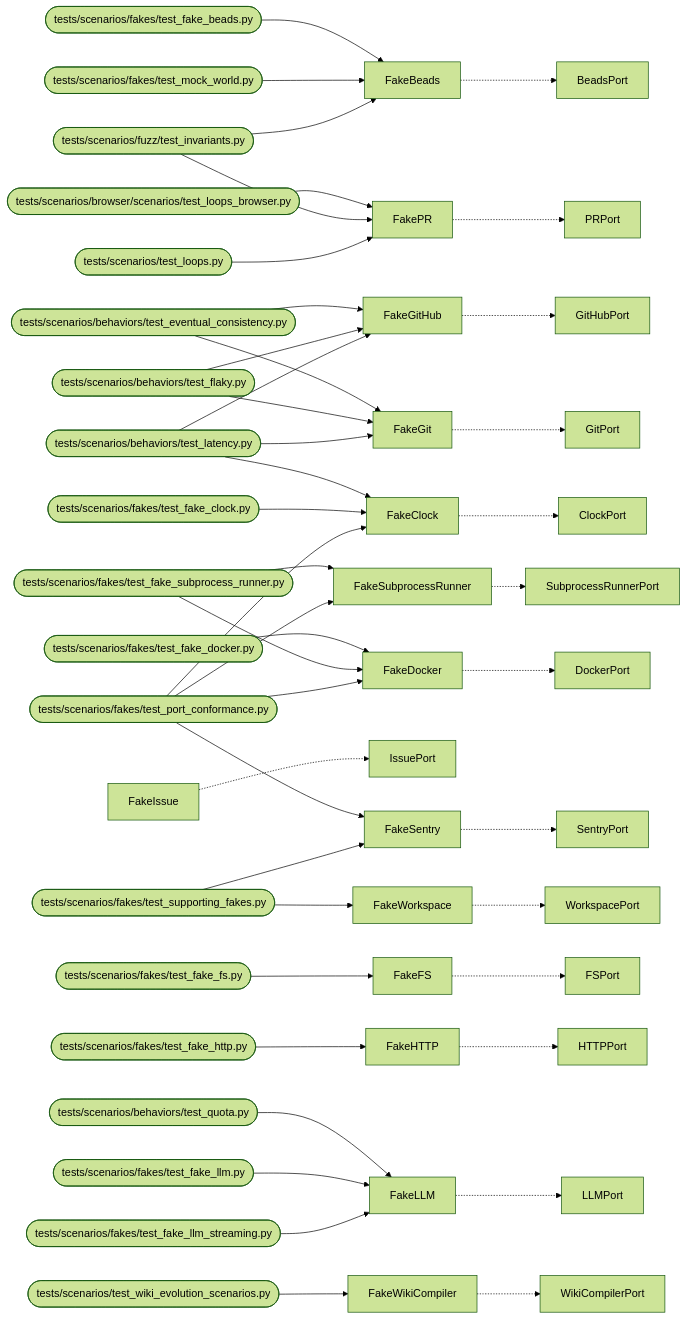
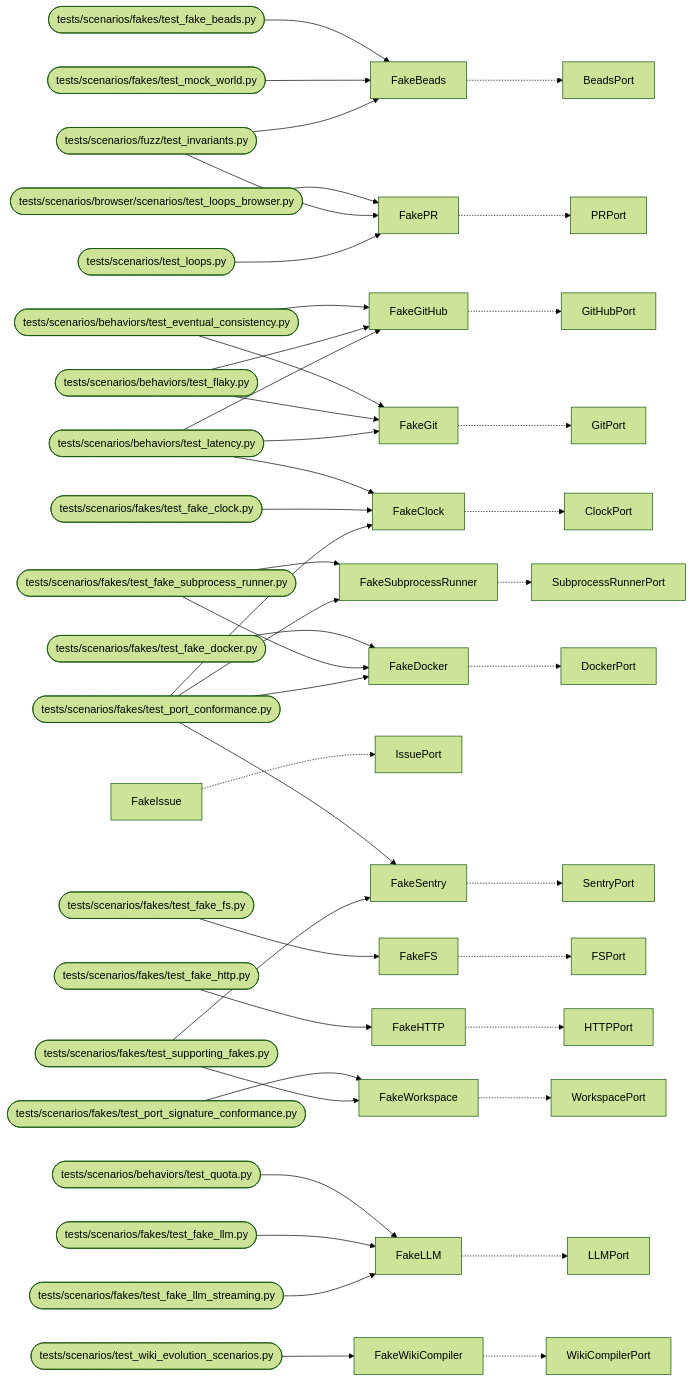
One commit to T-rav/hyrdaflow changed the diagram in docs/arch/generated/mockworld.md. Above: the diagram before and after it, drawn with Mermaid (forest theme). The commit also changed other lines of this file and 17 other files, not shown here.

First line of the commit message:
feat(runners): BaseSubprocessRunner + AutoAgentRunner migration + Port↔Fake signature conformance (#8446)

````diff
--- a/docs/arch/generated/mockworld.md
+++ b/docs/arch/generated/mockworld.md
@@ -28,46 +28,47 @@
 ```mermaid
 graph LR
     FakeBeads -.-> BeadsPort
     tests_scenarios_fakes_test_fake_beads_py([tests/scenarios/fakes/test_fake_beads.py]) --> FakeBeads
     tests_scenarios_fakes_test_mock_world_py([tests/scenarios/fakes/test_mock_world.py]) --> FakeBeads
     tests_scenarios_fuzz_test_invariants_py([tests/scenarios/fuzz/test_invariants.py]) --> FakeBeads
     FakeClock -.-> ClockPort
     tests_scenarios_behaviors_test_latency_py([tests/scenarios/behaviors/test_latency.py]) --> FakeClock
     tests_scenarios_fakes_test_fake_clock_py([tests/scenarios/fakes/test_fake_clock.py]) --> FakeClock
     tests_scenarios_fakes_test_port_conformance_py([tests/scenarios/fakes/test_port_conformance.py]) --> FakeClock
     FakeDocker -.-> DockerPort
     tests_scenarios_fakes_test_fake_docker_py([tests/scenarios/fakes/test_fake_docker.py]) --> FakeDocker
     tests_scenarios_fakes_test_fake_subprocess_runner_py([tests/scenarios/fakes/test_fake_subprocess_runner.py]) --> FakeDocker
     tests_scenarios_fakes_test_port_conformance_py([tests/scenarios/fakes/test_port_conformance.py]) --> FakeDocker
     FakeFS -.-> FSPort
     tests_scenarios_fakes_test_fake_fs_py([tests/scenarios/fakes/test_fake_fs.py]) --> FakeFS
     FakeGit -.-> GitPort
     tests_scenarios_behaviors_test_eventual_consistency_py([tests/scenarios/behaviors/test_eventual_consistency.py]) --> FakeGit
     tests_scenarios_behaviors_test_flaky_py([tests/scenarios/behaviors/test_flaky.py]) --> FakeGit
     tests_scenarios_behaviors_test_latency_py([tests/scenarios/behaviors/test_latency.py]) --> FakeGit
     FakeGitHub -.-> GitHubPort
     tests_scenarios_behaviors_test_eventual_consistency_py([tests/scenarios/behaviors/test_eventual_consistency.py]) --> FakeGitHub
     tests_scenarios_behaviors_test_flaky_py([tests/scenarios/behaviors/test_flaky.py]) --> FakeGitHub
     tests_scenarios_behaviors_test_latency_py([tests/scenarios/behaviors/test_latency.py]) --> FakeGitHub
     FakeHTTP -.-> HTTPPort
     tests_scenarios_fakes_test_fake_http_py([tests/scenarios/fakes/test_fake_http.py]) --> FakeHTTP
     FakeIssue -.-> IssuePort
     FakeLLM -.-> LLMPort
     tests_scenarios_behaviors_test_quota_py([tests/scenarios/behaviors/test_quota.py]) --> FakeLLM
     tests_scenarios_fakes_test_fake_llm_py([tests/scenarios/fakes/test_fake_llm.py]) --> FakeLLM
     tests_scenarios_fakes_test_fake_llm_streaming_py([tests/scenarios/fakes/test_fake_llm_streaming.py]) --> FakeLLM
     FakePR -.-> PRPort
     tests_scenarios_browser_scenarios_test_loops_browser_py([tests/scenarios/browser/scenarios/test_loops_browser.py]) --> FakePR
     tests_scenarios_fuzz_test_invariants_py([tests/scenarios/fuzz/test_invariants.py]) --> FakePR
     tests_scenarios_test_loops_py([tests/scenarios/test_loops.py]) --> FakePR
     FakeSentry -.-> SentryPort
     tests_scenarios_fakes_test_port_conformance_py([tests/scenarios/fakes/test_port_conformance.py]) --> FakeSentry
     tests_scenarios_fakes_test_supporting_fakes_py([tests/scenarios/fakes/test_supporting_fakes.py]) --> FakeSentry
     FakeSubprocessRunner -.-> SubprocessRunnerPort
     tests_scenarios_fakes_test_fake_subprocess_runner_py([tests/scenarios/fakes/test_fake_subprocess_runner.py]) --> FakeSubprocessRunner
     tests_scenarios_fakes_test_port_conformance_py([tests/scenarios/fakes/test_port_conformance.py]) --> FakeSubprocessRunner
     FakeWikiCompiler -.-> WikiCompilerPort
     tests_scenarios_test_wiki_evolution_scenarios_py([tests/scenarios/test_wiki_evolution_scenarios.py]) --> FakeWikiCompiler
     FakeWorkspace -.-> WorkspacePort
+    tests_scenarios_fakes_test_port_signature_conformance_py([tests/scenarios/fakes/test_port_signature_conformance.py]) --> FakeWorkspace
     tests_scenarios_fakes_test_supporting_fakes_py([tests/scenarios/fakes/test_supporting_fakes.py]) --> FakeWorkspace
 ```
````
